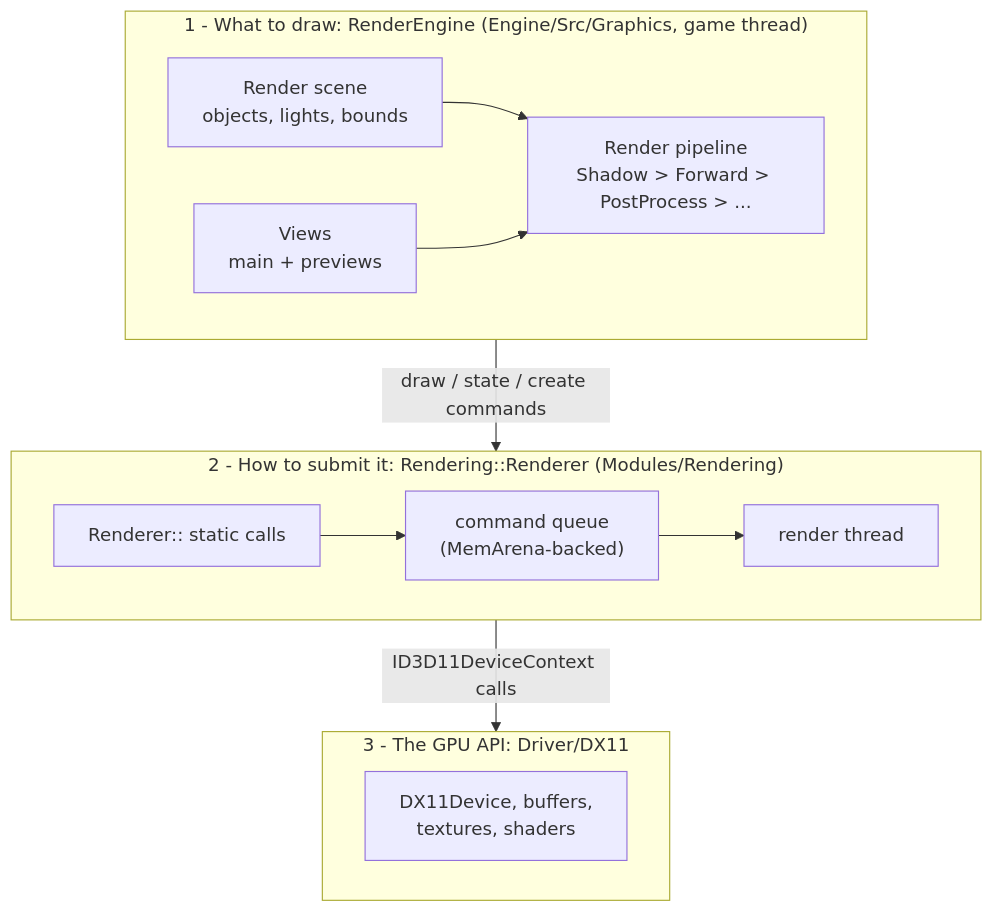
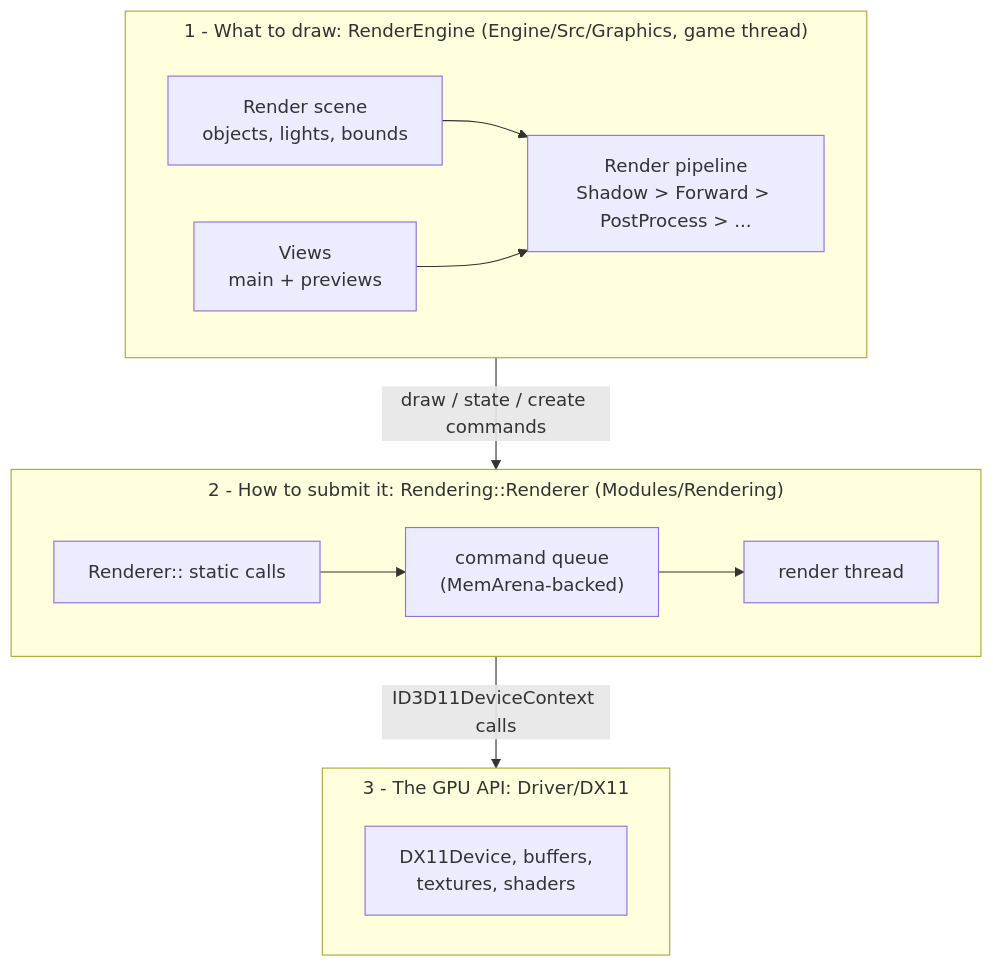
The first of 2 diagrams in Docs/Generated/Engine/04-Rendering/Rendering-Overview.md (b1nary0/RZE), drawn with Mermaid before and after one commit. The commit also changed other lines of this file and 21 other files, not shown here.

First line of the commit message:
Fix diagrams that failed to render or hid their own text

````diff
--- a/Docs/Generated/Engine/04-Rendering/Rendering-Overview.md
+++ b/Docs/Generated/Engine/04-Rendering/Rendering-Overview.md
@@ -5,18 +5,19 @@
 ```mermaid
+%%{init: {'flowchart': {'subGraphTitleMargin': {'top': 6, 'bottom': 10}}, 'themeCSS': '.labelBkg, .edgeLabel { background-color: var(--background-primary) !important; } .messageText, .labelText, .loopText { paint-order: stroke; stroke: var(--background-primary); stroke-width: 5px; stroke-linejoin: round; }'}}%%
 flowchart TD
     subgraph L1["1 - What to draw: RenderEngine (Engine/Src/Graphics, game thread)"]
         direction LR
         Scene["Render scene<br/>objects, lights, bounds"] --> Pipe["Render pipeline<br/>Shadow > Forward > PostProcess > ..."]
         Views["Views<br/>main + previews"] --> Pipe
     end
     subgraph L2["2 - How to submit it: Rendering::Renderer (Modules/Rendering)"]
         direction LR
         API["Renderer:: static calls"] --> Queue["command queue<br/>(MemArena-backed)"] --> Thread["render thread"]
     end
     subgraph L3["3 - The GPU API: Driver/DX11"]
         direction LR
         Dev["DX11Device, buffers,<br/>textures, shaders"]
     end
     L1 -->|"draw / state / create commands"| L2
     L2 -->|"ID3D11DeviceContext calls"| L3
 ```
````
